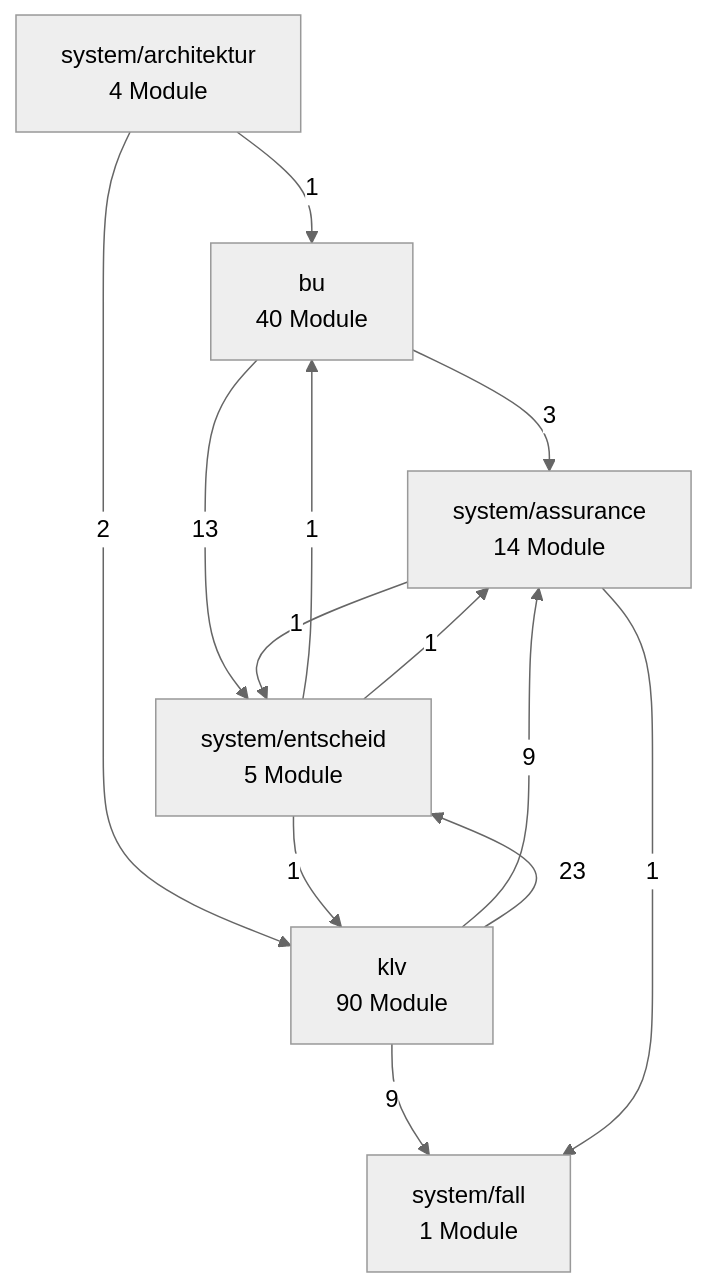
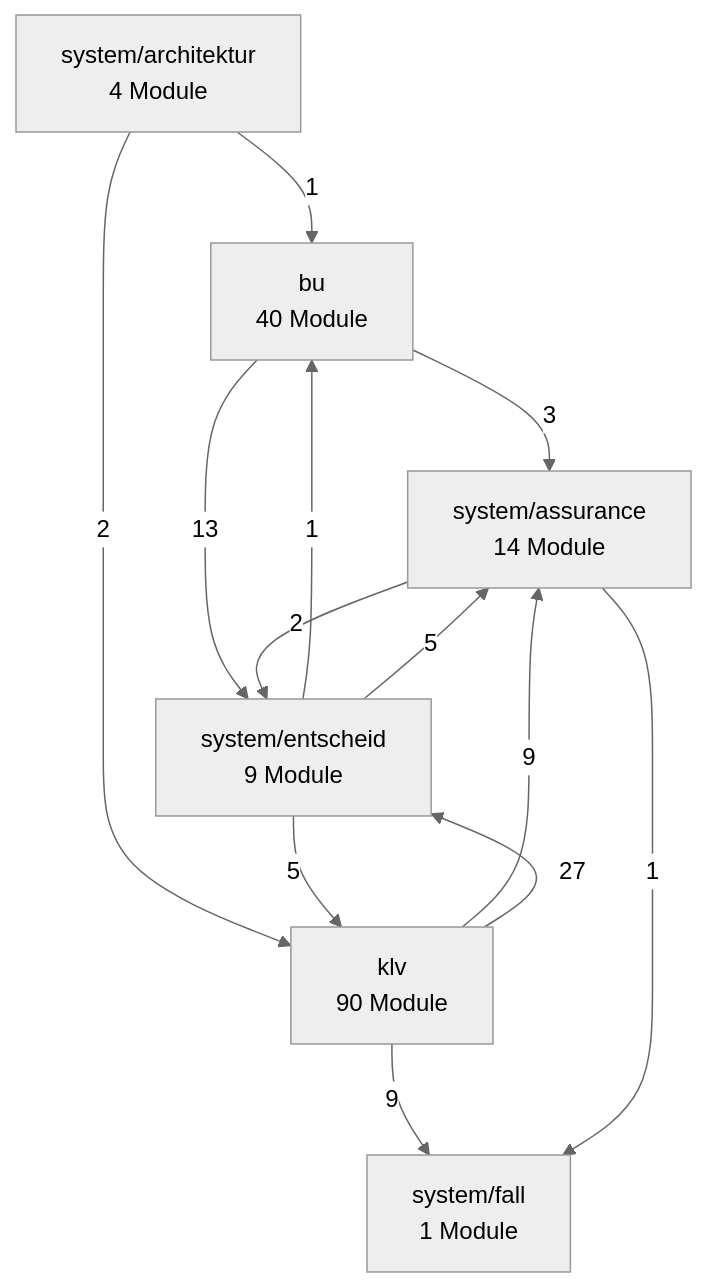
The second of 3 diagrams in docs/architektur/landkarte.md (bartlmac/rechner-pipeline), drawn with Mermaid (neutral theme) before and after one commit. The commit also changed other lines of this file and 48 other files, not shown here.

````diff
--- a/docs/architektur/landkarte.md
+++ b/docs/architektur/landkarte.md
@@ -78,22 +78,22 @@
 ```mermaid
 %% Fachknoten — erzeugt von ontologie.landkarte
 flowchart TD
     bu["bu<br/>40 Module"]
     klv["klv<br/>90 Module"]
     system_architektur["system/architektur<br/>4 Module"]
     system_assurance["system/assurance<br/>14 Module"]
-    system_entscheid["system/entscheid<br/>5 Module"]
+    system_entscheid["system/entscheid<br/>9 Module"]
     system_fall["system/fall<br/>1 Module"]
     bu -- 3 --> system_assurance
     bu -- 13 --> system_entscheid
     klv -- 9 --> system_assurance
-    klv -- 23 --> system_entscheid
+    klv -- 27 --> system_entscheid
     klv -- 9 --> system_fall
     system_architektur -- 1 --> bu
     system_architektur -- 2 --> klv
-    system_assurance -- 1 --> system_entscheid
+    system_assurance -- 2 --> system_entscheid
     system_assurance -- 1 --> system_fall
     system_entscheid -- 1 --> bu
-    system_entscheid -- 1 --> klv
-    system_entscheid -- 1 --> system_assurance
+    system_entscheid -- 5 --> klv
+    system_entscheid -- 5 --> system_assurance
 ```
````
